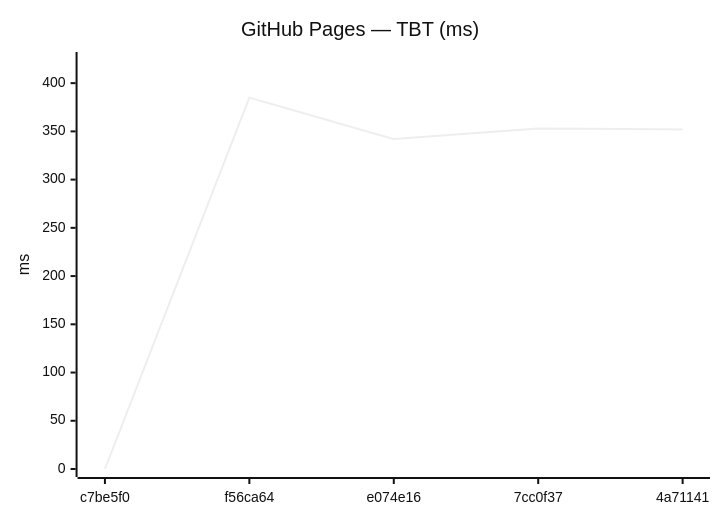
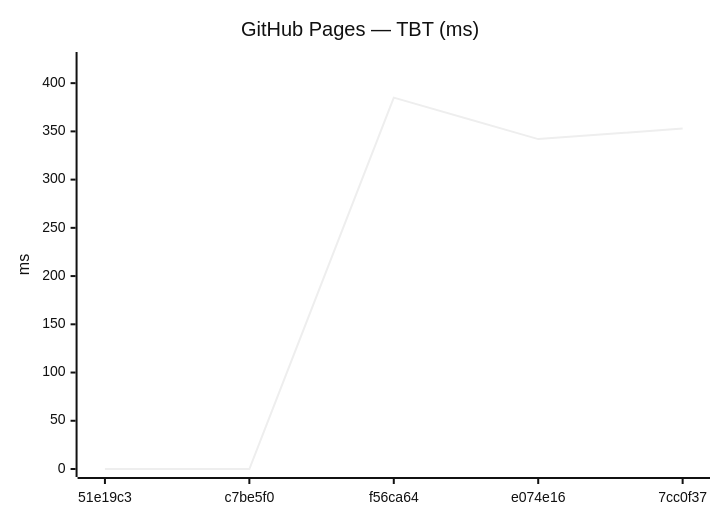
The tenth of 18 diagrams in benchmarks/compare.md (Metaheurist/Rianell), drawn with Mermaid (neutral theme) before and after one commit. The commit also changed other lines of this file and 11 other files, not shown here.

````diff
--- a/benchmarks/compare.md
+++ b/benchmarks/compare.md
@@ -149,7 +149,7 @@
 ```mermaid
 xychart-beta
     title "GitHub Pages — TBT (ms)"
-    x-axis ["c7be5f0", "f56ca64", "e074e16", "7cc0f37", "4a71141"]
+    x-axis ["51e19c3", "c7be5f0", "f56ca64", "e074e16", "7cc0f37"]
     y-axis "ms" 0 --> 424
-    line [0, 385, 342, 353, 352]
+    line [0, 0, 385, 342, 353]
 ```
````
